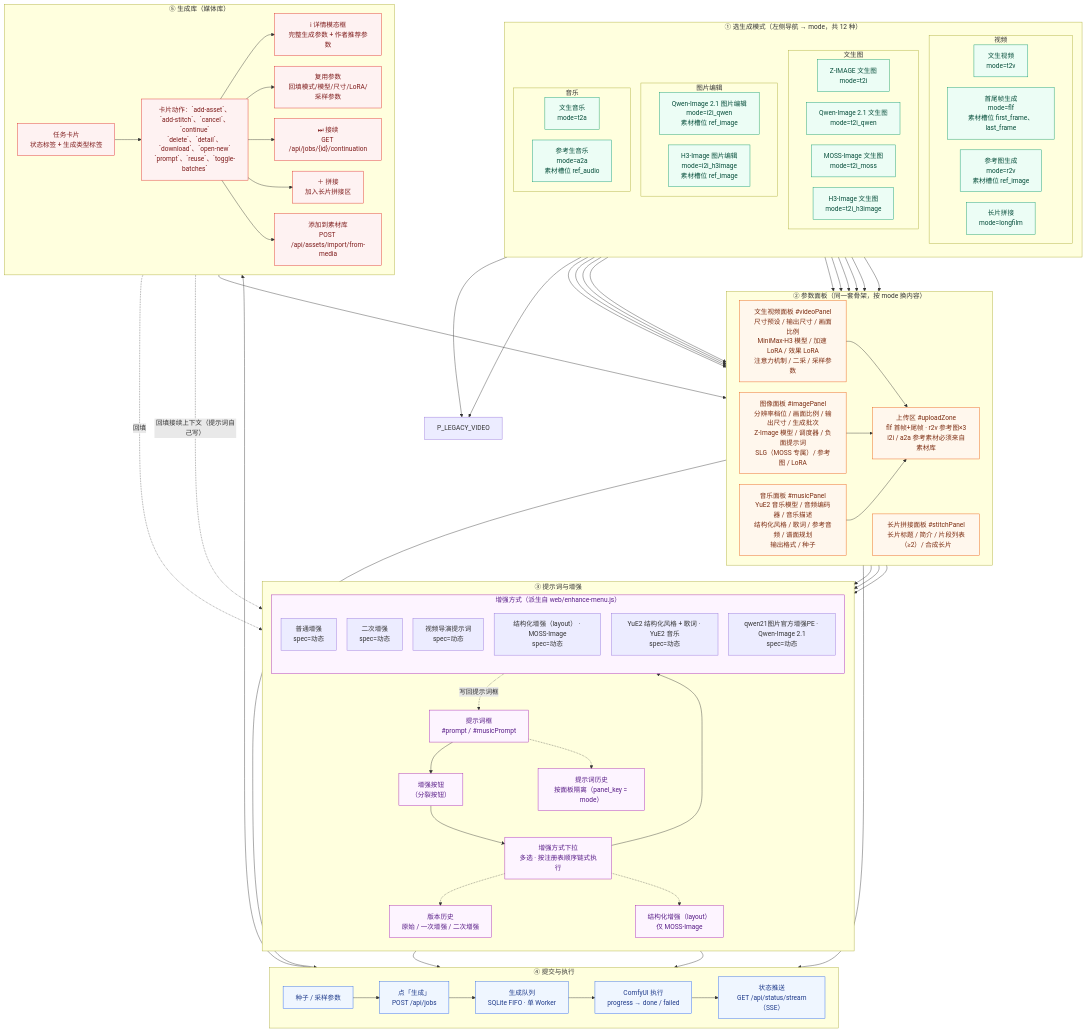
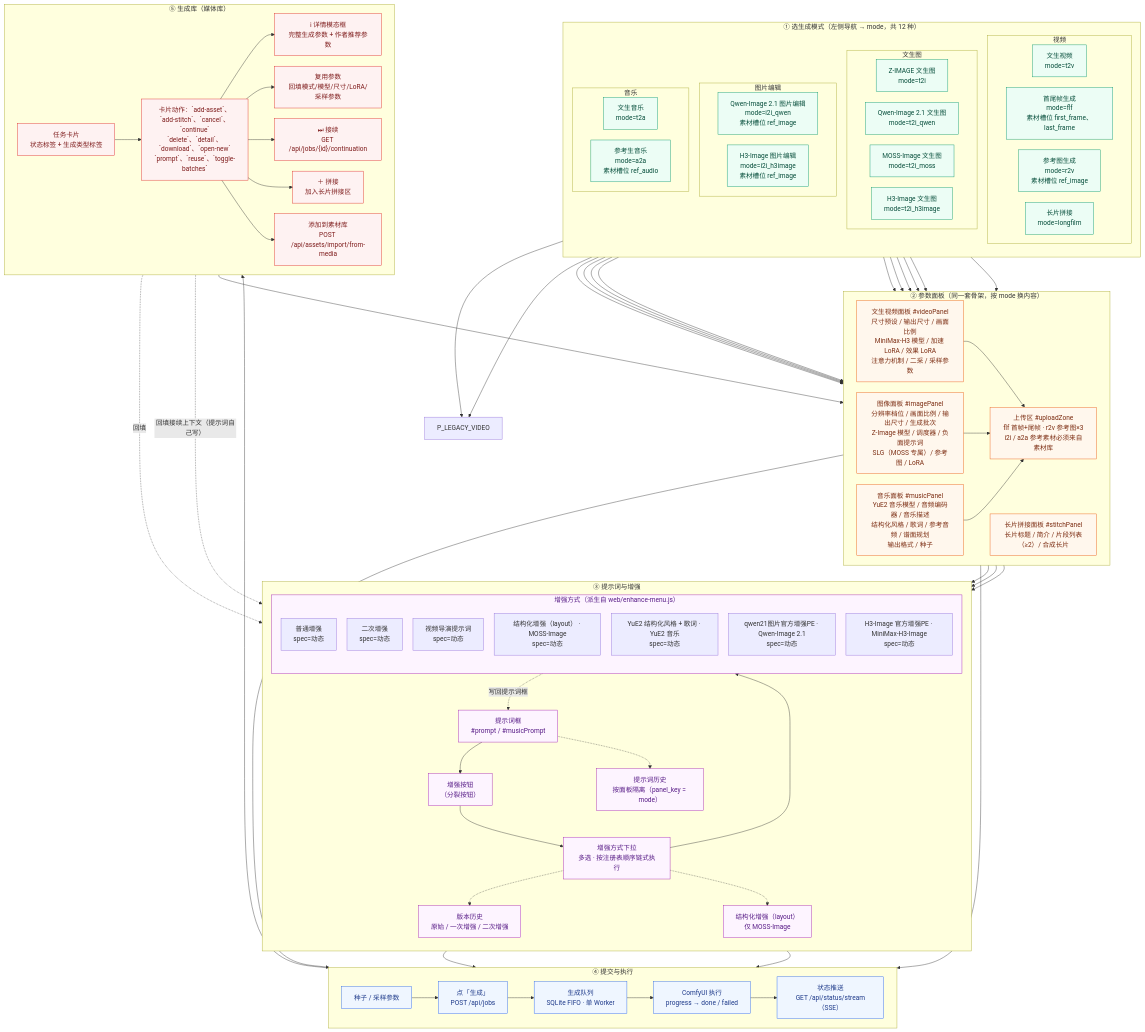
The diagram in docs/交互流程图-创作链路.mmd (pixelaigc/ComfyUI-MiniMax-H3-Studio), drawn with Mermaid before and after one commit. The commit also changed 49 other files, not shown here.

```diff
--- a/docs/交互流程图-创作链路.mmd
+++ b/docs/交互流程图-创作链路.mmd
@@ -1,147 +1,148 @@
 %%{init: {"flowchart": {"curve": "basis", "nodeSpacing": 26, "rankSpacing": 40, "htmlLabels": true}, "themeVariables": {"fontFamily": "Noto Sans CJK SC, Noto Sans SC, DejaVu Sans, sans-serif"}}}%%
 %% 交互流程图 · ① 创作链路（文生图 / 图片编辑 / 文生视频 / 音乐 / 长片拼接）
 %% 本文件由 scripts/gen_flow.py 从 scripts/templates/flow-create.mmd 生成，请勿手改。
 %% 要改流程形状请改 scripts/templates/flow-create.mmd，然后跑 `make flow`。
 flowchart TD
 
   %% ---------- 模式选择（节点内容派生自 gen_types.py）----------
   subgraph MODES["① 选生成模式（左侧导航 → mode，共 12 种）"]
     direction TB
     subgraph MV["视频"]
       direction LR
       M_t2v["文生视频<br/>mode=t2v"]
       M_flf["首尾帧生成<br/>mode=flf<br/>素材槽位 first_frame、last_frame"]
       M_r2v["参考图生成<br/>mode=r2v<br/>素材槽位 ref_image"]
       M_longfilm["长片拼接<br/>mode=longfilm"]
     end
     subgraph MI["文生图"]
       direction LR
       M_t2i["Z-IMAGE 文生图<br/>mode=t2i"]
       M_t2i_qwen["Qwen-Image 2.1 文生图<br/>mode=t2i_qwen"]
       M_t2i_moss["MOSS-Image 文生图<br/>mode=t2i_moss"]
       M_t2i_h3image["H3-Image 文生图<br/>mode=t2i_h3image"]
     end
     subgraph ME["图片编辑"]
       direction LR
       M_i2i_qwen["Qwen-Image 2.1 图片编辑<br/>mode=i2i_qwen<br/>素材槽位 ref_image"]
       M_i2i_h3image["H3-Image 图片编辑<br/>mode=i2i_h3image<br/>素材槽位 ref_image"]
     end
     subgraph MM["音乐"]
       direction LR
       M_t2a["文生音乐<br/>mode=t2a"]
       M_a2a["参考生音乐<br/>mode=a2a<br/>素材槽位 ref_audio"]
     end
   end
 
   %% ---------- 面板 ----------
   subgraph PANELS["② 参数面板（同一套骨架，按 mode 换内容）"]
     direction LR
     P_VIDEO["文生视频面板 #videoPanel<br/>尺寸预设 / 输出尺寸 / 画面比例<br/>MiniMax-H3 模型 / 加速 LoRA / 效果 LoRA<br/>注意力机制 / 二采 / 采样参数"]
     P_IMAGE["图像面板 #imagePanel<br/>分辨率档位 / 画面比例 / 输出尺寸 / 生成批次<br/>Z-Image 模型 / 调度器 / 负面提示词<br/>SLG（MOSS 专属）/ 参考图 / LoRA"]
     P_MUSIC["音乐面板 #musicPanel<br/>YuE2 音乐模型 / 音频编码器 / 音乐描述<br/>结构化风格 / 歌词 / 参考音频 / 谱面规划<br/>输出格式 / 种子"]
     P_STITCH["长片拼接面板 #stitchPanel<br/>长片标题 / 简介 / 片段列表（≥2）/ 合成长片"]
     P_UPLOAD["上传区 #uploadZone<br/>flf 首帧+尾帧 · r2v 参考图×3<br/>i2i / a2a 参考素材必须来自素材库"]
   end
 
   M_t2v --> P_VIDEO
   M_flf --> P_LEGACY_VIDEO
   M_r2v --> P_LEGACY_VIDEO
   M_t2i --> P_IMAGE
   M_t2i_qwen --> P_IMAGE
   M_i2i_qwen --> P_IMAGE
   M_t2i_moss --> P_IMAGE
   M_t2i_h3image --> P_IMAGE
   M_i2i_h3image --> P_IMAGE
   M_t2a --> P_MUSIC
   M_a2a --> P_MUSIC
   M_longfilm --> P_STITCH
 
   P_VIDEO --> P_UPLOAD
   P_IMAGE --> P_UPLOAD
   P_MUSIC --> P_UPLOAD
 
   %% ---------- 提示词 + 增强 ----------
   subgraph PROMPT["③ 提示词与增强"]
     direction TB
     PT["提示词框<br/>#prompt / #musicPrompt"]
     ENH_BTN["增强按钮<br/>（分裂按钮）"]
     ENH_MENU["增强方式下拉<br/>多选 · 按注册表顺序链式执行"]
     subgraph ENH_SPECS["增强方式（派生自 web/enhance-menu.js）"]
       direction TB
     E_basic["普通增强<br/>spec=动态"]
     E_refine["二次增强<br/>spec=动态"]
     E_director["视频导演提示词<br/>spec=动态"]
     E_layout["结构化增强（layout） · MOSS-Image<br/>spec=动态"]
     E_yue2_struct["YuE2 结构化风格 + 歌词 · YuE2 音乐<br/>spec=动态"]
     E_qwen_pe["qwen21图片官方增强PE · Qwen-Image 2.1<br/>spec=动态"]
+    E_h3image_pe["H3-Image 官方增强PE · MiniMax-H3-Image<br/>spec=动态"]
     end
     HIST["提示词历史<br/>按面板隔离（panel_key = mode）"]
     VER["版本历史<br/>原始 / 一次增强 / 二次增强"]
     MOSS["结构化增强（layout）<br/>仅 MOSS-Image"]
   end
 
   PT --> ENH_BTN
   ENH_BTN --> ENH_MENU
   ENH_MENU --> ENH_SPECS
   ENH_SPECS -.->|"写回提示词框"| PT
   PT -.-> HIST
   ENH_MENU -.-> VER
   ENH_MENU -.-> MOSS
 
   P_VIDEO --> PT
   P_IMAGE --> PT
   P_MUSIC --> PT
 
   %% ---------- 提交与执行 ----------
   subgraph RUN["④ 提交与执行"]
     direction LR
     SEED["种子 / 采样参数"]
     GEN["点「生成」<br/>POST /api/jobs"]
     QUEUE["生成队列<br/>SQLite FIFO · 单 Worker"]
     COMFY["ComfyUI 执行<br/>progress → done / failed"]
     SSE["状态推送<br/>GET /api/status/stream（SSE）"]
   end
 
   SEED --> GEN
   GEN --> QUEUE --> COMFY
   COMFY --> SSE
 
   P_UPLOAD --> GEN
   PT --> GEN
   ENH_SPECS --> GEN
   P_STITCH --> GEN
 
   %% ---------- 产物侧 ----------
   subgraph OUT["⑤ 生成库（媒体库）"]
     direction LR
     LIB["任务卡片<br/>状态标签 + 生成类型标签"]
     ACTS["卡片动作：`add-asset`、`add-stitch`、`cancel`、`continue`<br/>`delete`、`detail`、`download`、`open-new`<br/>`prompt`、`reuse`、`toggle-batches`"]
     DETAIL["ℹ 详情模态框<br/>完整生成参数 + 作者推荐参数"]
     REUSE["复用参数<br/>回填模式/模型/尺寸/LoRA/采样参数"]
     CONT["⏭ 接续<br/>GET /api/jobs/{id}/continuation"]
     STITCH["＋ 拼接<br/>加入长片拼接区"]
     ASSET["添加到素材库<br/>POST /api/assets/import/from-media"]
   end
 
   COMFY --> LIB
   LIB --> ACTS
   ACTS --> DETAIL
   ACTS --> REUSE
   ACTS --> CONT
   ACTS --> STITCH
   ACTS --> ASSET
   REUSE -.->|"回填"| PT
   CONT -.->|"回填接续上下文（提示词自己写）"| PT
   STITCH --> P_STITCH
 
   classDef mode fill:#ecfdf5,stroke:#059669,stroke-width:1px,color:#064e3b;
   classDef panel fill:#fff7ed,stroke:#ea580c,stroke-width:1px,color:#7c2d12;
   classDef prompt fill:#fdf4ff,stroke:#a21caf,stroke-width:1px,color:#581c87;
   classDef run fill:#eff6ff,stroke:#2563eb,stroke-width:1px,color:#1e3a8a;
   classDef out fill:#fef2f2,stroke:#dc2626,stroke-width:1px,color:#7f1d1d;
 
   class M_t2v,M_flf,M_r2v,M_longfilm,M_t2i,M_t2i_qwen,M_t2i_moss,M_t2i_h3image,M_i2i_qwen,M_i2i_h3image,M_t2a,M_a2a mode;
   class P_VIDEO,P_IMAGE,P_MUSIC,P_STITCH,P_UPLOAD panel;
   class PT,ENH_BTN,ENH_MENU,ENH_SPECS,HIST,VER,MOSS prompt;
   class SEED,GEN,QUEUE,COMFY,SSE run;
   class LIB,ACTS,DETAIL,REUSE,CONT,STITCH,ASSET out;
```
